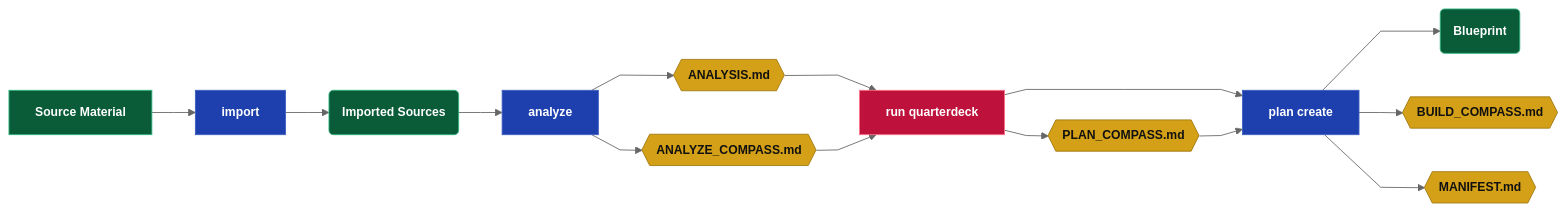
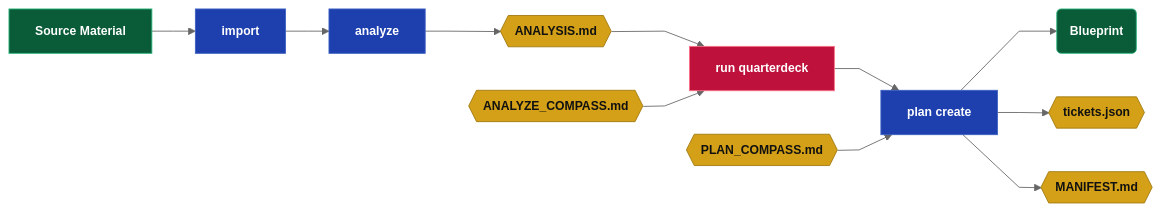
One commit to webcloudstudio/Drydock changed the third of 8 diagrams in docs/Drydock_Specification.md. Above: the diagram before and after it, drawn with Mermaid. The commit also changed other lines of this file and 4 other files, not shown here.

````diff
--- a/docs/Drydock_Specification.md
+++ b/docs/Drydock_Specification.md
@@ -187,24 +198,21 @@
 ```mermaid
 %%{init: {'theme': 'neutral', 'flowchart': {'curve': 'linear'}, 'themeVariables': {'fontSize': '14px'}}}%%
 flowchart LR
   classDef dir    fill:#0a5c38,stroke:#2cb67d,color:#fff,font-weight:bold
   classDef md     fill:#d4a017,stroke:#a07810,color:#111,font-weight:bold
   classDef script fill:#1e40af,stroke:#3b5fc0,color:#fff,font-weight:bold
   classDef prompt fill:#c2410c,stroke:#ea580c,color:#fff,font-weight:bold
   classDef output fill:#6d28d9,stroke:#8b5cf6,color:#fff,font-weight:bold
   classDef web    fill:#be123c,stroke:#fb7185,color:#fff,font-weight:bold
 
   SRC["Source Material"]:::dir --> IMPORT["import"]:::script
-  IMPORT --> SOURCES("Imported Sources"):::dir
-  SOURCES --> ANALYZE["analyze"]:::script
+  IMPORT --> ANALYZE["analyze"]:::script
   ANALYZE --> ANALYSIS{{"ANALYSIS.md"}}:::md
-  ANALYZE --> ACOMPASS{{"ANALYZE_COMPASS.md"}}:::md
   ANALYSIS --> QUARTERDECK["run quarterdeck"]:::web
-  ACOMPASS --> QUARTERDECK
-  QUARTERDECK --> PCOMPASS{{"PLAN_COMPASS.md"}}:::md
+  ACOMPASS{{"ANALYZE_COMPASS.md"}}:::md --> QUARTERDECK
   QUARTERDECK --> PLANCREATE["plan create"]:::script
-  PCOMPASS --> PLANCREATE
+  PCOMPASS{{"PLAN_COMPASS.md"}}:::md --> PLANCREATE
   PLANCREATE --> BLUEPRINT("Blueprint"):::dir
-  PLANCREATE --> BCOMPASS{{"BUILD_COMPASS.md"}}:::md
+  PLANCREATE --> BCOMPASS{{"tickets.json"}}:::md
   PLANCREATE --> MANIFEST{{"MANIFEST.md"}}:::md
 ```
````
